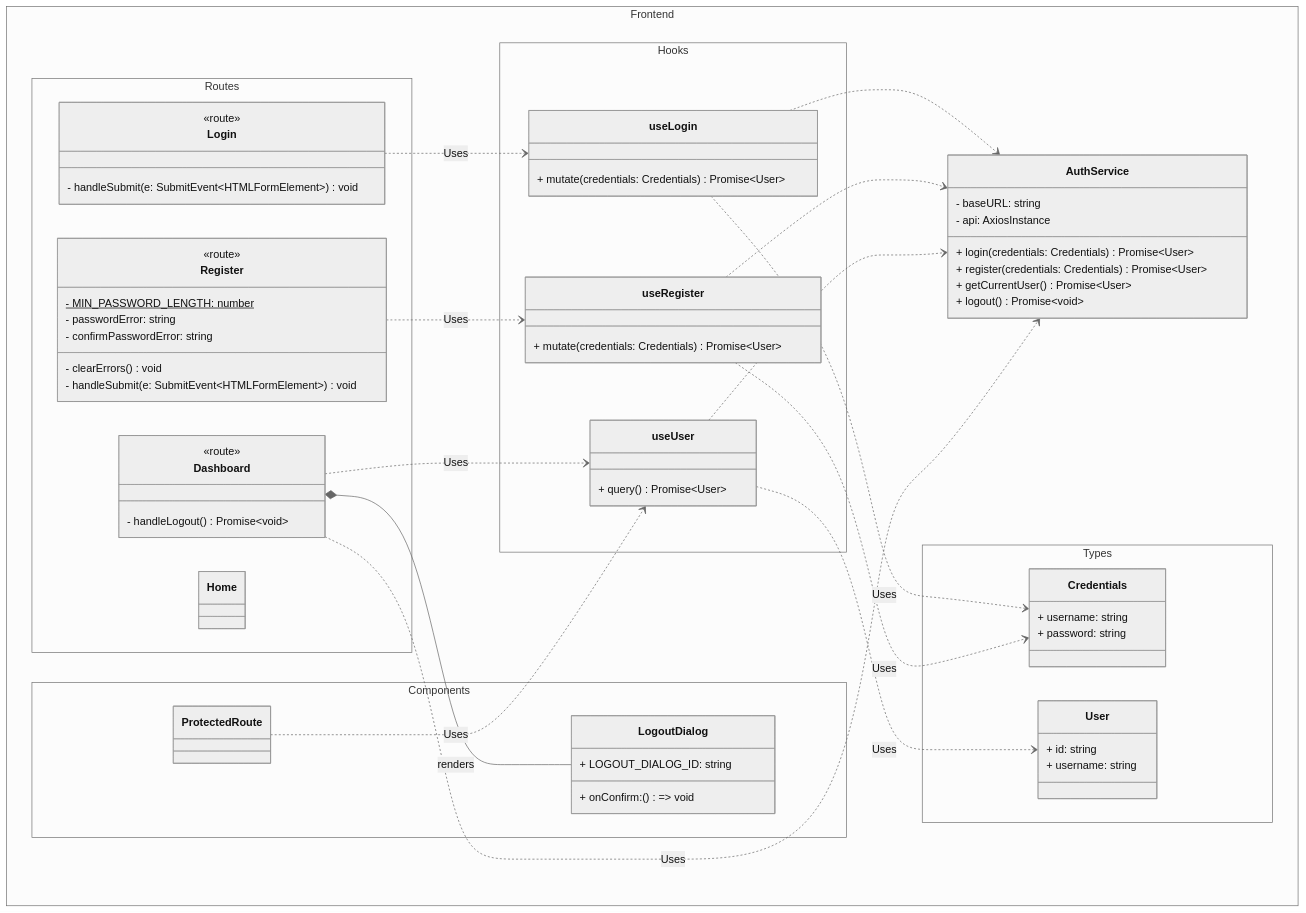
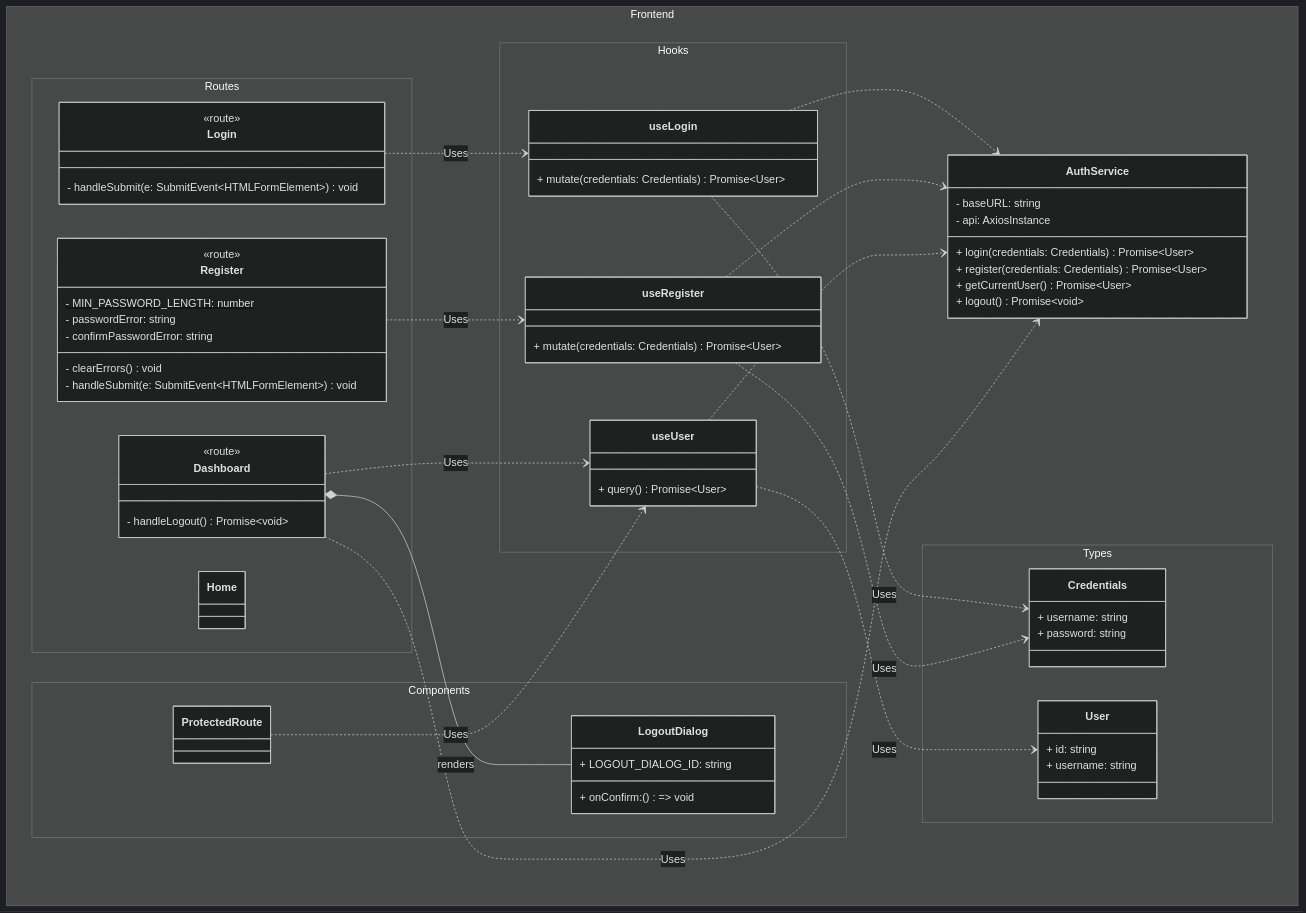
The diagram in README.md (jannikwk/login-token-authentication), drawn with Mermaid before and after one commit.

Commit message:
Change Mermaid theme from neutral to dark

````diff
--- a/README.md
+++ b/README.md
@@ -15,5 +15,5 @@
 ```mermaid
-%%{init: {'theme': 'neutral'}}%%
+%%{init: {'theme': 'dark'}}%%
 classDiagram-v2
     direction TB
 
````
